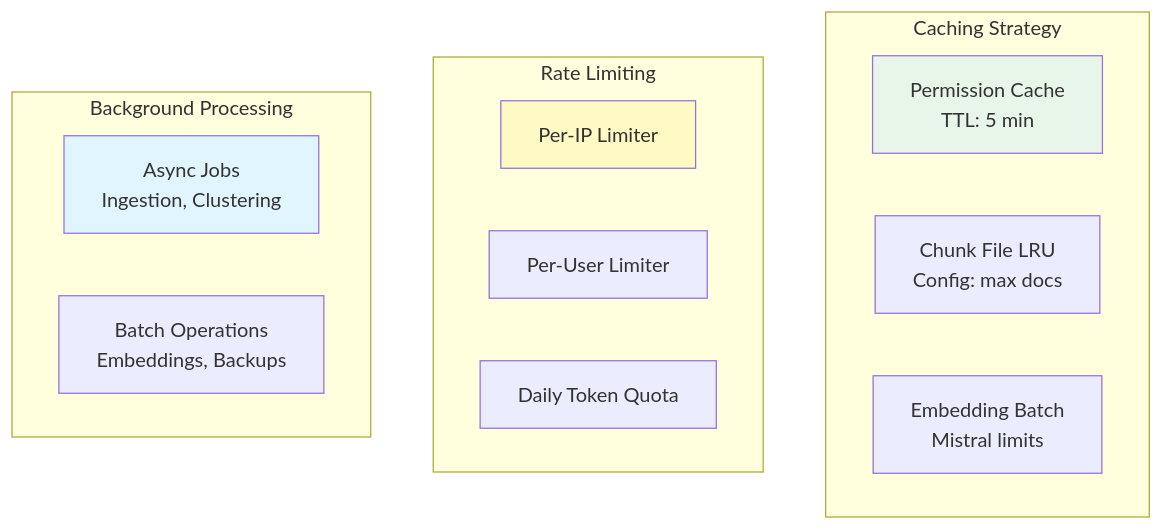
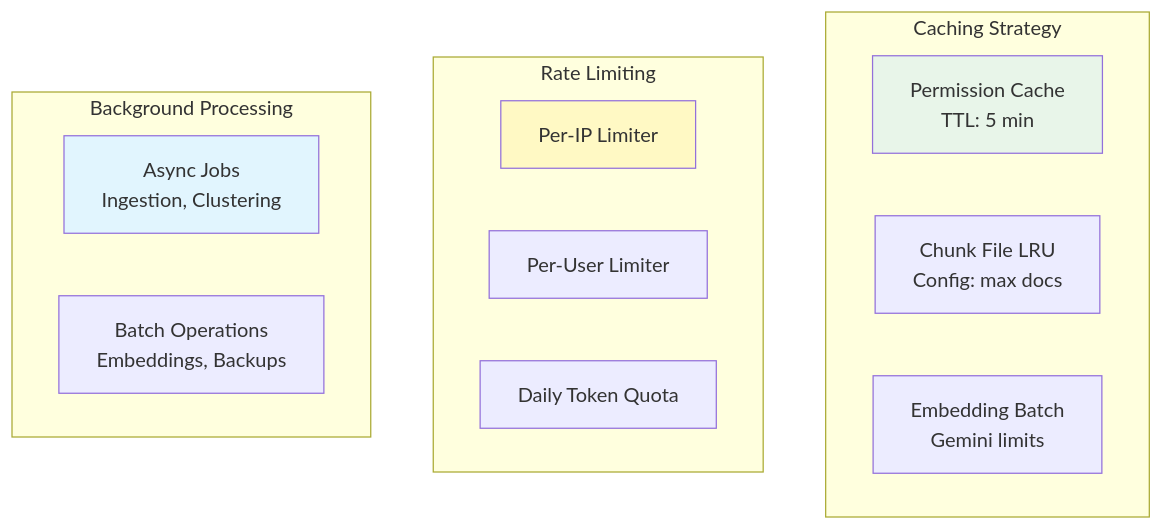
One commit to Nkululeko-data/ai-learning-assistant changed diagram 25 of 25 in SYSTEM-ARCHITECTURE.md. Above: the diagram before and after it, drawn with Mermaid. The commit also changed other lines of this file and 57 other files, not shown here.

````diff
--- a/SYSTEM-ARCHITECTURE.md
+++ b/SYSTEM-ARCHITECTURE.md
@@ -1417,23 +1417,23 @@
 ```mermaid
 graph TB
     subgraph "Caching Strategy"
         CACHE[Permission Cache<br/>TTL: 5 min]
         CHUNK[Chunk File LRU<br/>Config: max docs]
-        EMBED[Embedding Batch<br/>Mistral limits]
+        EMBED[Embedding Batch<br/>Gemini limits]
     end
     
     subgraph "Rate Limiting"
         IP[Per-IP Limiter]
         USER[Per-User Limiter]
         QUOTA[Daily Token Quota]
     end
     
     subgraph "Background Processing"
         ASYNC[Async Jobs<br/>Ingestion, Clustering]
         BATCH[Batch Operations<br/>Embeddings, Backups]
     end
     
     style CACHE fill:#e8f5e9
     style IP fill:#fff9c4
     style ASYNC fill:#e1f5fe
 ```
````
